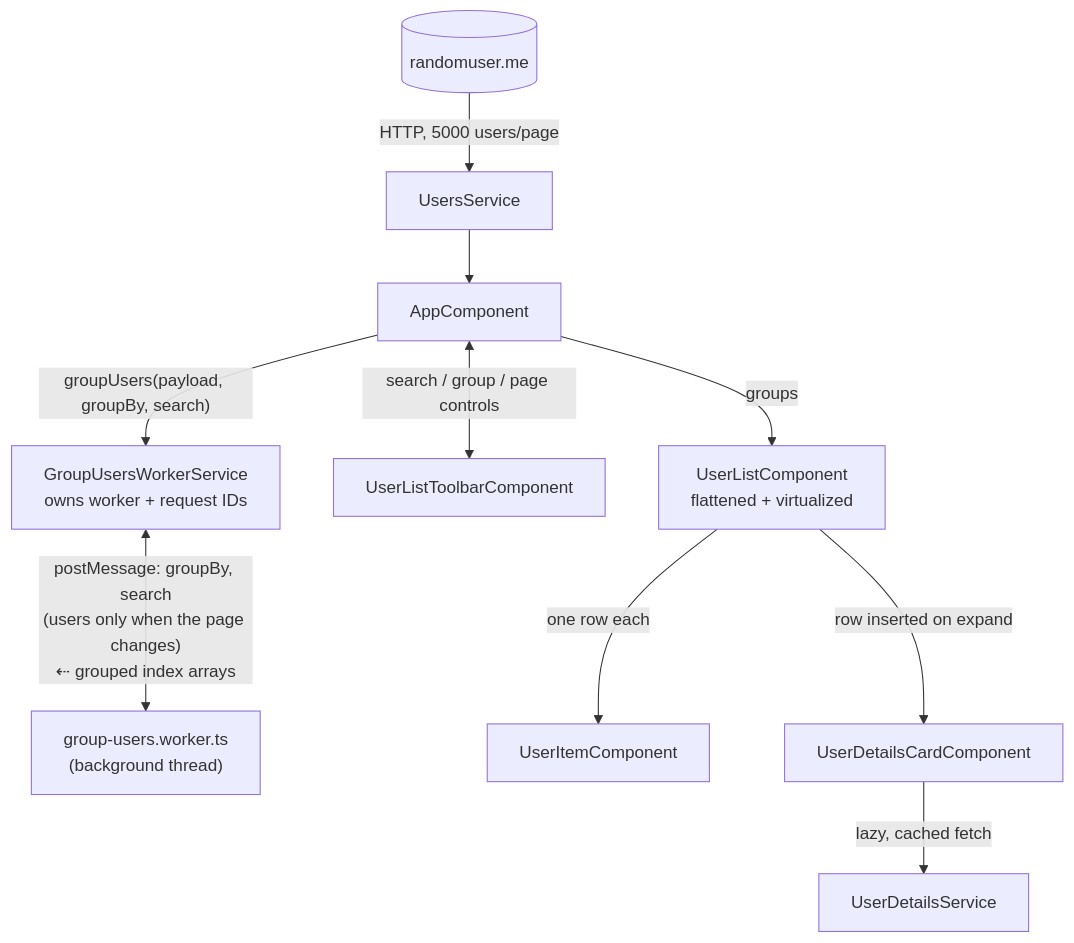
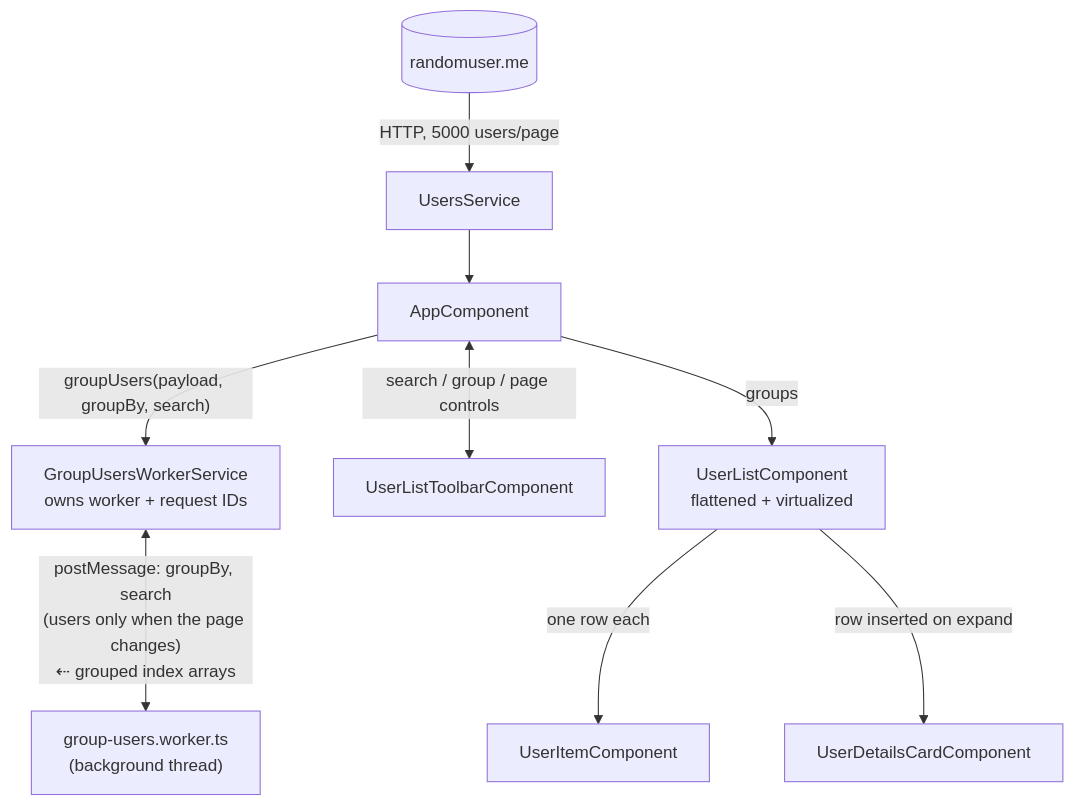
Before and after one commit to girls-incode/users-dashboard: the diagram in README.md, drawn with Mermaid. The commit also changed other lines of this file and 13 other files, not shown here.

````diff
--- a/README.md
+++ b/README.md
@@ -20,15 +20,14 @@
 ```mermaid
 flowchart TD
     API[("randomuser.me")] -->|"HTTP, 5000 users/page"| UsersService
     UsersService --> AppComponent
 
     AppComponent -->|"groupUsers(payload, groupBy, search)"| WorkerService[GroupUsersWorkerService<br/>owns worker + request IDs]
     WorkerService <-->|"postMessage: groupBy, search<br/>(users only when the page changes)<br/>⇠ grouped index arrays"| Worker["group-users.worker.ts<br/>(background thread)"]
 
     AppComponent <-->|"search / group / page controls"| Toolbar[UserListToolbarComponent]
     AppComponent -->|"groups"| UserList[UserListComponent<br/>flattened + virtualized]
 
     UserList -->|"one row each"| UserItem[UserItemComponent]
     UserList -->|"row inserted on expand"| DetailsCard[UserDetailsCardComponent]
-    DetailsCard -->|"lazy, cached fetch"| DetailsService[UserDetailsService]
 ```
````
